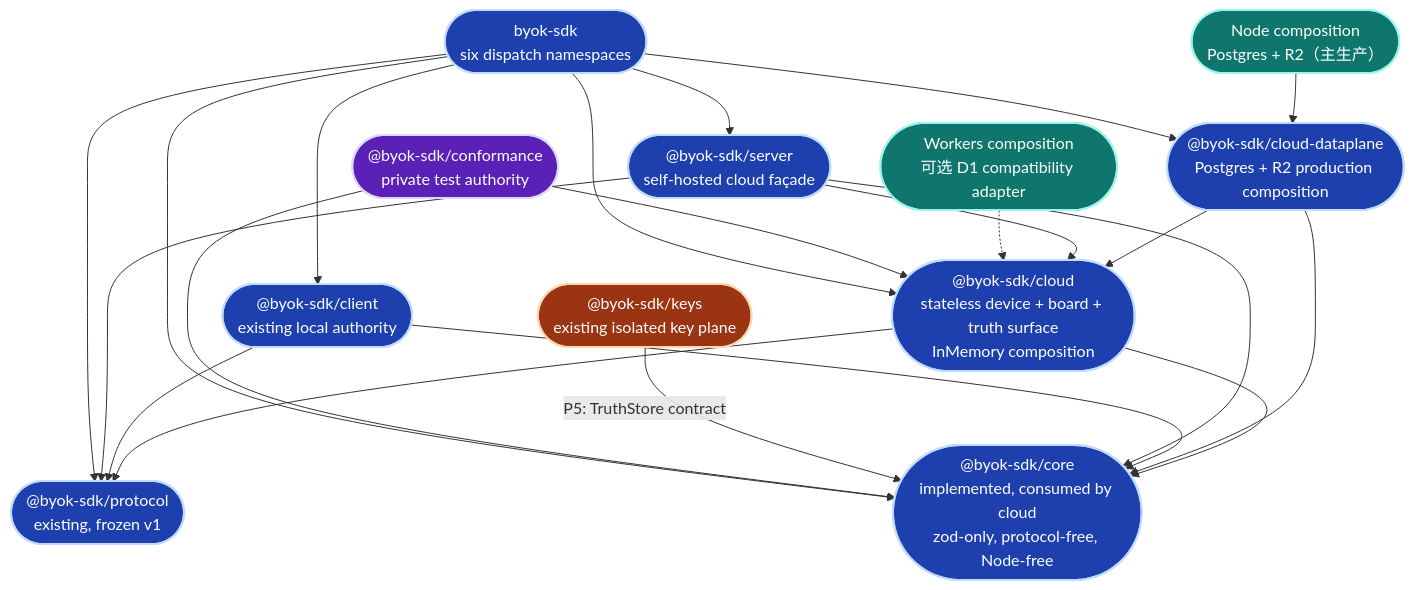
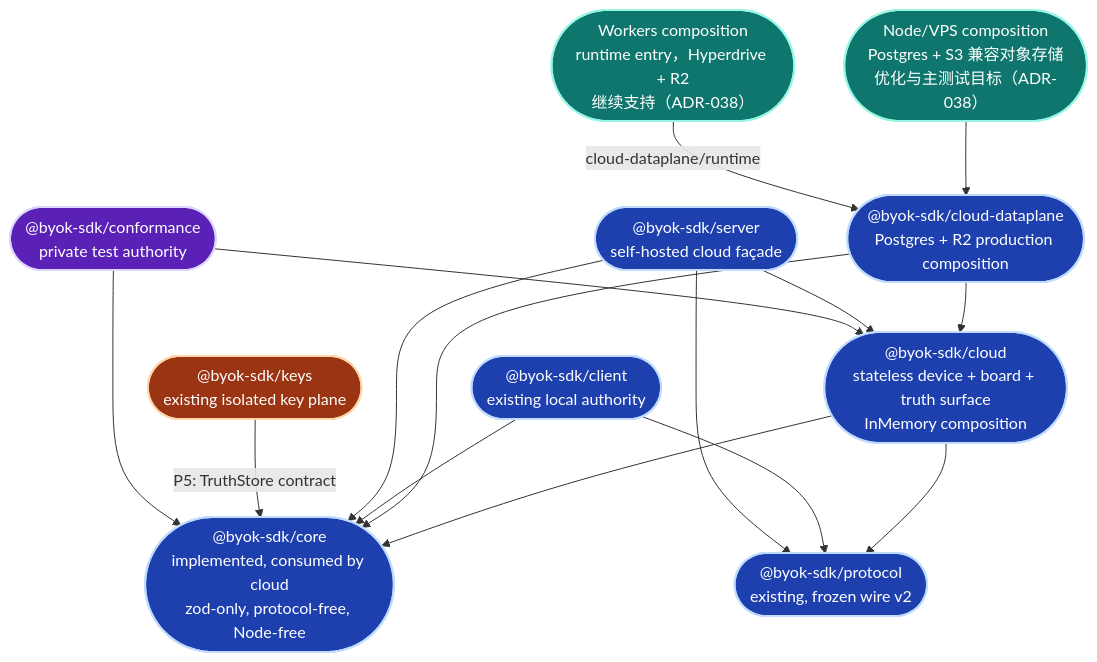
Before and after one commit to Ancienttwo/byok-sdk: diagram 15 of 22 in docs/architecture/sdk-architecture.md, drawn with Mermaid. The commit also changed other lines of this file and 16 other files, not shown here.

First line of the commit message:
docs: fold Bot collaboration and SDK refactors into the Bot platform PRD (ADR-038)

````diff
--- a/docs/architecture/sdk-architecture.md
+++ b/docs/architecture/sdk-architecture.md
@@ -1050,40 +1056,33 @@
 ```mermaid
 flowchart TB
   classDef existing fill:#1e40af,stroke:#bfdbfe,stroke-width:2px,color:#fff
   classDef planned fill:#5b21b6,stroke:#ddd6fe,stroke-width:2px,color:#fff
   classDef isolated fill:#9a3412,stroke:#fed7aa,stroke-width:2px,color:#fff
   classDef deploy fill:#0f766e,stroke:#99f6e4,stroke-width:2px,color:#fff
 
-  Protocol(["@byok-sdk/protocol<br/>existing, frozen v1"]):::existing
+  Protocol(["@byok-sdk/protocol<br/>existing, frozen wire v2"]):::existing
   Core(["@byok-sdk/core<br/>implemented, consumed by cloud<br/>zod-only, protocol-free, Node-free"]):::existing
   Cloud(["@byok-sdk/cloud<br/>stateless device + board + truth surface<br/>InMemory composition"]):::existing
   CloudPg(["@byok-sdk/cloud-dataplane<br/>Postgres + R2 production composition"]):::existing
   Client(["@byok-sdk/client<br/>existing local authority"]):::existing
   Server(["@byok-sdk/server<br/>self-hosted cloud façade"]):::existing
-  SDK(["byok-sdk<br/>six dispatch namespaces"]):::existing
   Conformance(["@byok-sdk/conformance<br/>private test authority"]):::planned
   Keys(["@byok-sdk/keys<br/>existing isolated key plane"]):::isolated
-  Node(["Node composition<br/>Postgres + R2（主生产）"]):::deploy
-  Workers(["Workers composition<br/>可选 D1 compatibility adapter"]):::deploy
+  Node(["Node/VPS composition<br/>Postgres + S3 兼容对象存储<br/>优化与主测试目标（ADR-038）"]):::deploy
+  Workers(["Workers composition<br/>runtime entry，Hyperdrive + R2<br/>继续支持（ADR-038）"]):::deploy
 
   Cloud --> Core
   Cloud --> Protocol
   CloudPg --> Cloud
   CloudPg --> Core
   Client --> Core
   Client --> Protocol
   Server --> Cloud
   Server --> Core
   Server --> Protocol
   Keys -->|"P5: TruthStore contract"| Core
   Node --> CloudPg
-  Workers -.-> Cloud
+  Workers -->|"cloud-dataplane/runtime"| CloudPg
   Conformance --> Cloud
   Conformance --> Core
-  SDK --> Protocol
-  SDK --> Server
-  SDK --> Client
-  SDK --> Core
-  SDK --> Cloud
-  SDK --> CloudPg
 ```
````
